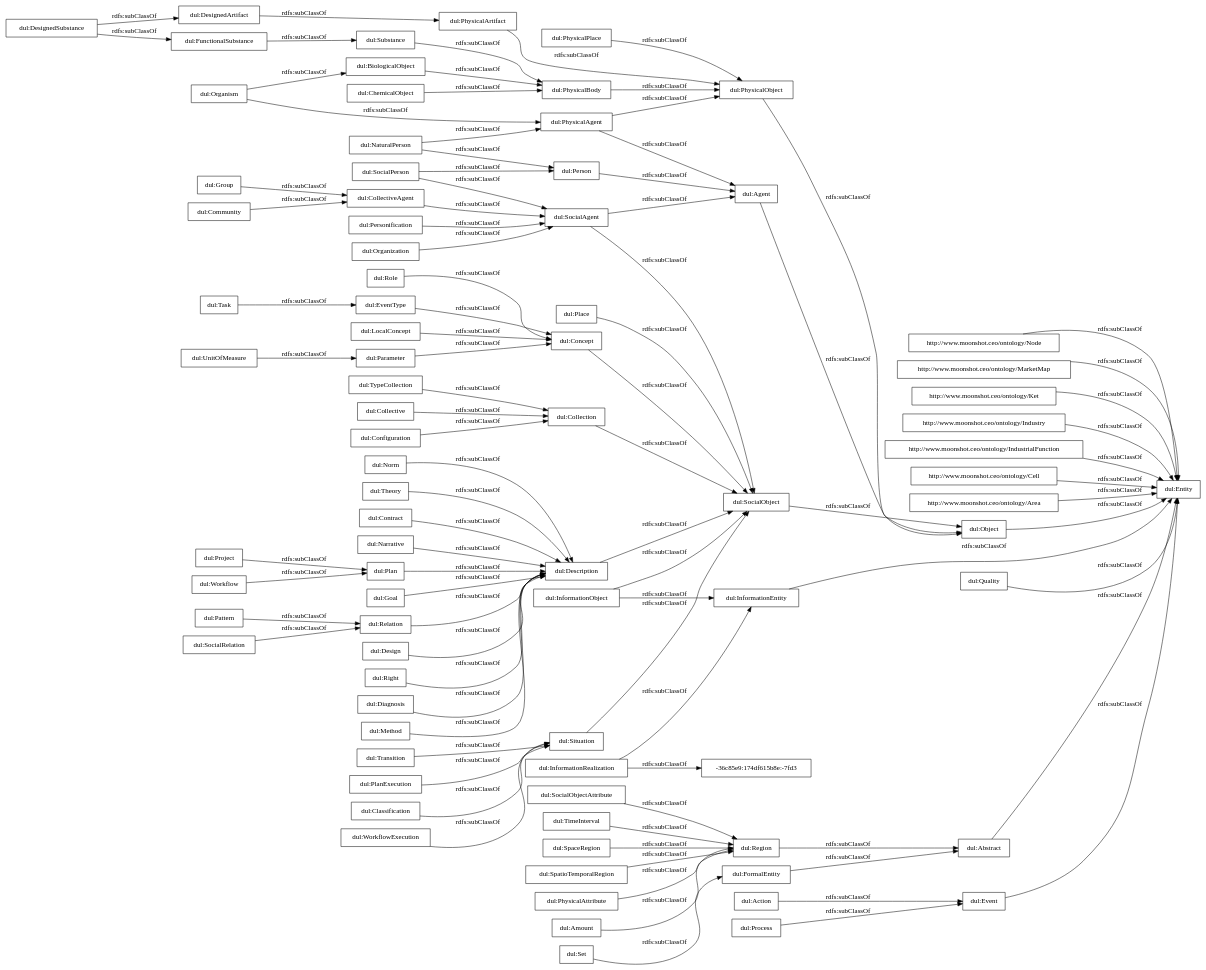
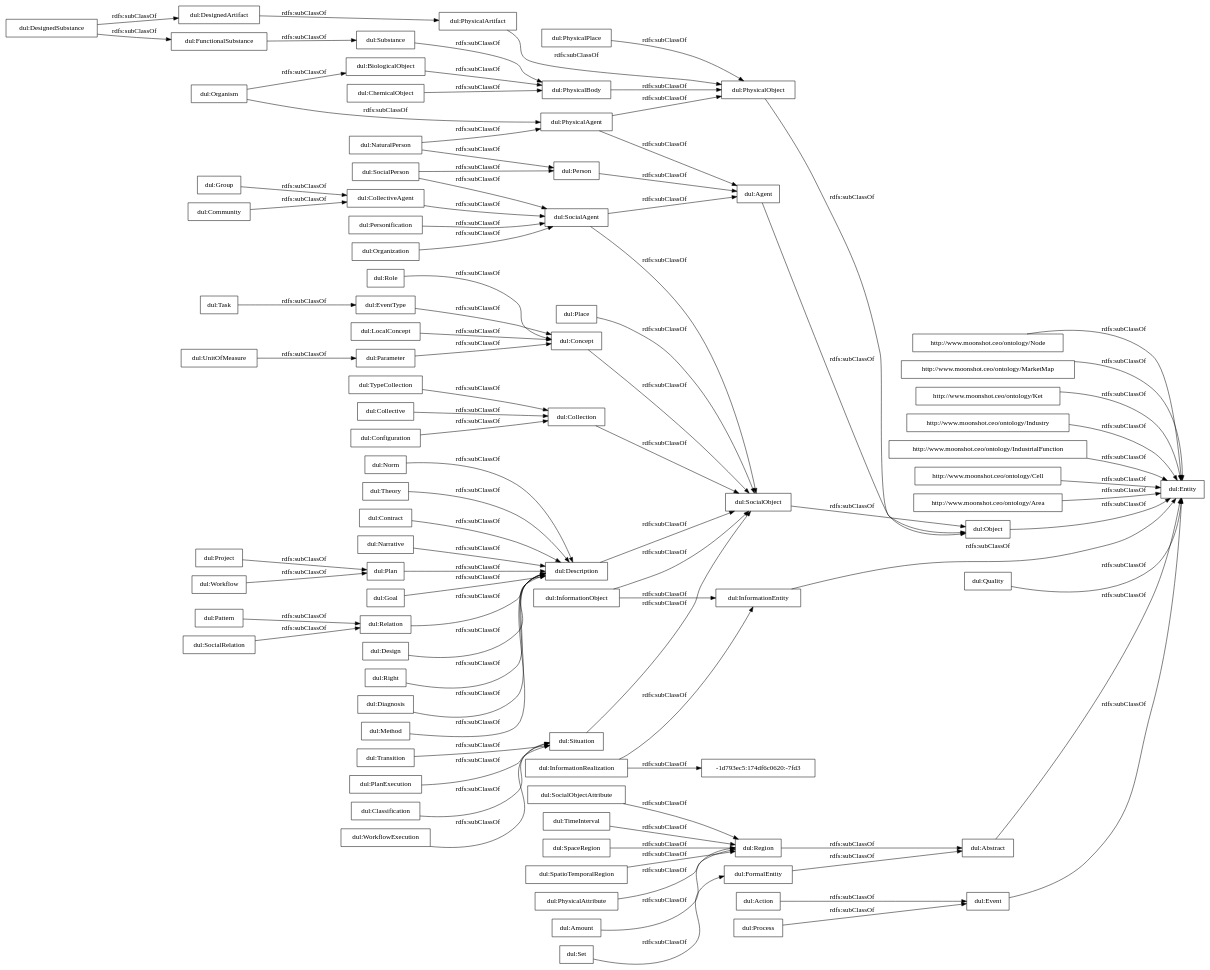
Before and after one commit to oeg-upm/IEBrain: the diagram in OnToology/iebrain.ttl/diagrams/ar2dtool-taxonomy/iebrain.ttl.png.dot, drawn with Graphviz. The commit also changed 5 other files, not shown here.

```diff
--- a/OnToology/iebrain.ttl/diagrams/ar2dtool-taxonomy/iebrain.ttl.png.dot
+++ b/OnToology/iebrain.ttl/diagrams/ar2dtool-taxonomy/iebrain.ttl.png.dot
@@ -1,95 +1,95 @@
 digraph ar2dtool_diagram { 
 rankdir=LR;
 size="1000"
-node [shape = rectangle, color="black"]; "http://www.moonshot.ceo/ontology/Node" "http://www.moonshot.ceo/ontology/MarketMap" "http://www.moonshot.ceo/ontology/Ket" "http://www.moonshot.ceo/ontology/Industry" "http://www.moonshot.ceo/ontology/IndustrialFunction" "http://www.moonshot.ceo/ontology/Cell" "http://www.moonshot.ceo/ontology/Area" "dul:Goal" "dul:FormalEntity" "dul:EventType" "dul:PhysicalBody" "dul:Object" "dul:Description" "dul:PhysicalAgent" "dul:Relation" "dul:Role" "dul:Entity" "dul:Organism" "dul:Personification" "dul:Situation" "dul:UnitOfMeasure" "dul:Abstract" "dul:SocialPerson" "dul:Transition" "dul:CollectiveAgent" "dul:Collective" "dul:Amount" "dul:Plan" "dul:Design" "dul:Process" "dul:SocialObjectAttribute" "dul:Right" "dul:Task" "dul:DesignedSubstance" "dul:BiologicalObject" "dul:Place" "dul:Quality" "dul:Action" "dul:SocialAgent" "dul:Configuration" "dul:Project" "dul:PlanExecution" "dul:Pattern" "dul:Agent" "dul:Classification" "dul:Diagnosis" "dul:Parameter" "dul:WorkflowExecution" "dul:SocialObject" "dul:Group" "dul:Community" "dul:FunctionalSubstance" "dul:PhysicalPlace" "dul:Method" "dul:Concept" "dul:SocialRelation" "dul:Event" "dul:DesignedArtifact" "dul:TimeInterval" "dul:Person" "dul:TypeCollection" "dul:SpaceRegion" "dul:PhysicalObject" "dul:SpatioTemporalRegion" "dul:Norm" "-36c85e9:174df615b8e:-7fd3" "dul:InformationRealization" "dul:Theory" "dul:PhysicalAttribute" "dul:NaturalPerson" "dul:Workflow" "dul:InformationObject" "dul:ChemicalObject" "dul:Contract" "dul:Narrative" "dul:Collection" "dul:Substance" "dul:Region" "dul:InformationEntity" "dul:PhysicalArtifact" "dul:Organization" "dul:Set" "dul:LocalConcept" ; /*classes style*/
+node [shape = rectangle, color="black"]; "http://www.moonshot.ceo/ontology/Node" "http://www.moonshot.ceo/ontology/MarketMap" "http://www.moonshot.ceo/ontology/Ket" "http://www.moonshot.ceo/ontology/Industry" "http://www.moonshot.ceo/ontology/IndustrialFunction" "http://www.moonshot.ceo/ontology/Cell" "http://www.moonshot.ceo/ontology/Area" "dul:Goal" "dul:FormalEntity" "dul:EventType" "-1d793ec5:174df6c0620:-7fd3" "dul:PhysicalBody" "dul:Object" "dul:Description" "dul:PhysicalAgent" "dul:Relation" "dul:Role" "dul:Entity" "dul:Organism" "dul:Personification" "dul:Situation" "dul:UnitOfMeasure" "dul:Abstract" "dul:SocialPerson" "dul:Transition" "dul:Collective" "dul:CollectiveAgent" "dul:Amount" "dul:Plan" "dul:Design" "dul:Process" "dul:SocialObjectAttribute" "dul:Right" "dul:Task" "dul:DesignedSubstance" "dul:BiologicalObject" "dul:Place" "dul:Quality" "dul:Action" "dul:SocialAgent" "dul:Configuration" "dul:Project" "dul:PlanExecution" "dul:Pattern" "dul:Diagnosis" "dul:Agent" "dul:Classification" "dul:Parameter" "dul:WorkflowExecution" "dul:SocialObject" "dul:Group" "dul:Community" "dul:FunctionalSubstance" "dul:PhysicalPlace" "dul:Method" "dul:Concept" "dul:SocialRelation" "dul:Event" "dul:DesignedArtifact" "dul:TimeInterval" "dul:Person" "dul:TypeCollection" "dul:SpaceRegion" "dul:PhysicalObject" "dul:SpatioTemporalRegion" "dul:Norm" "dul:InformationRealization" "dul:Theory" "dul:PhysicalAttribute" "dul:NaturalPerson" "dul:Workflow" "dul:InformationObject" "dul:ChemicalObject" "dul:Contract" "dul:Narrative" "dul:Collection" "dul:Substance" "dul:Region" "dul:InformationEntity" "dul:PhysicalArtifact" "dul:Organization" "dul:Set" "dul:LocalConcept" ; /*classes style*/
 	"dul:CollectiveAgent" -> "dul:SocialAgent" [ label = "rdfs:subClassOf" ];
 	"dul:Region" -> "dul:Abstract" [ label = "rdfs:subClassOf" ];
 	"dul:TypeCollection" -> "dul:Collection" [ label = "rdfs:subClassOf" ];
 	"dul:PhysicalAttribute" -> "dul:Region" [ label = "rdfs:subClassOf" ];
 	"dul:Organization" -> "dul:SocialAgent" [ label = "rdfs:subClassOf" ];
 	"http://www.moonshot.ceo/ontology/Node" -> "dul:Entity" [ label = "rdfs:subClassOf" ];
 	"dul:Configuration" -> "dul:Collection" [ label = "rdfs:subClassOf" ];
 	"dul:Quality" -> "dul:Entity" [ label = "rdfs:subClassOf" ];
 	"dul:Description" -> "dul:SocialObject" [ label = "rdfs:subClassOf" ];
 	"dul:Community" -> "dul:CollectiveAgent" [ label = "rdfs:subClassOf" ];
 	"dul:Method" -> "dul:Description" [ label = "rdfs:subClassOf" ];
 	"dul:Concept" -> "dul:SocialObject" [ label = "rdfs:subClassOf" ];
 	"dul:Object" -> "dul:Entity" [ label = "rdfs:subClassOf" ];
 	"dul:Place" -> "dul:SocialObject" [ label = "rdfs:subClassOf" ];
 	"dul:PhysicalArtifact" -> "dul:PhysicalObject" [ label = "rdfs:subClassOf" ];
 	"dul:Organism" -> "dul:PhysicalAgent" [ label = "rdfs:subClassOf" ];
 	"dul:Organism" -> "dul:BiologicalObject" [ label = "rdfs:subClassOf" ];
 	"dul:Goal" -> "dul:Description" [ label = "rdfs:subClassOf" ];
 	"dul:FunctionalSubstance" -> "dul:Substance" [ label = "rdfs:subClassOf" ];
 	"dul:Role" -> "dul:Concept" [ label = "rdfs:subClassOf" ];
 	"dul:Collective" -> "dul:Collection" [ label = "rdfs:subClassOf" ];
 	"dul:InformationObject" -> "dul:SocialObject" [ label = "rdfs:subClassOf" ];
 	"dul:InformationObject" -> "dul:InformationEntity" [ label = "rdfs:subClassOf" ];
 	"dul:UnitOfMeasure" -> "dul:Parameter" [ label = "rdfs:subClassOf" ];
 	"dul:SocialObjectAttribute" -> "dul:Region" [ label = "rdfs:subClassOf" ];
 	"dul:WorkflowExecution" -> "dul:Situation" [ label = "rdfs:subClassOf" ];
 	"dul:Right" -> "dul:Description" [ label = "rdfs:subClassOf" ];
 	"dul:Task" -> "dul:EventType" [ label = "rdfs:subClassOf" ];
 	"dul:Set" -> "dul:FormalEntity" [ label = "rdfs:subClassOf" ];
 	"dul:DesignedSubstance" -> "dul:FunctionalSubstance" [ label = "rdfs:subClassOf" ];
 	"dul:DesignedSubstance" -> "dul:DesignedArtifact" [ label = "rdfs:subClassOf" ];
 	"dul:SocialObject" -> "dul:Object" [ label = "rdfs:subClassOf" ];
 	"dul:Parameter" -> "dul:Concept" [ label = "rdfs:subClassOf" ];
-	"dul:InformationRealization" -> "-36c85e9:174df615b8e:-7fd3" [ label = "rdfs:subClassOf" ];
+	"dul:InformationRealization" -> "-1d793ec5:174df6c0620:-7fd3" [ label = "rdfs:subClassOf" ];
 	"dul:InformationRealization" -> "dul:InformationEntity" [ label = "rdfs:subClassOf" ];
 	"dul:Substance" -> "dul:PhysicalBody" [ label = "rdfs:subClassOf" ];
 	"dul:Event" -> "dul:Entity" [ label = "rdfs:subClassOf" ];
 	"dul:PhysicalAgent" -> "dul:PhysicalObject" [ label = "rdfs:subClassOf" ];
 	"dul:PhysicalAgent" -> "dul:Agent" [ label = "rdfs:subClassOf" ];
 	"http://www.moonshot.ceo/ontology/Area" -> "dul:Entity" [ label = "rdfs:subClassOf" ];
 	"dul:Project" -> "dul:Plan" [ label = "rdfs:subClassOf" ];
 	"dul:PhysicalObject" -> "dul:Object" [ label = "rdfs:subClassOf" ];
 	"dul:Action" -> "dul:Event" [ label = "rdfs:subClassOf" ];
 	"dul:Situation" -> "dul:SocialObject" [ label = "rdfs:subClassOf" ];
 	"dul:Design" -> "dul:Description" [ label = "rdfs:subClassOf" ];
 	"dul:EventType" -> "dul:Concept" [ label = "rdfs:subClassOf" ];
 	"dul:Classification" -> "dul:Situation" [ label = "rdfs:subClassOf" ];
 	"http://www.moonshot.ceo/ontology/IndustrialFunction" -> "dul:Entity" [ label = "rdfs:subClassOf" ];
 	"dul:Workflow" -> "dul:Plan" [ label = "rdfs:subClassOf" ];
 	"dul:Pattern" -> "dul:Relation" [ label = "rdfs:subClassOf" ];
 	"dul:Transition" -> "dul:Situation" [ label = "rdfs:subClassOf" ];
 	"dul:Norm" -> "dul:Description" [ label = "rdfs:subClassOf" ];
 	"dul:Person" -> "dul:Agent" [ label = "rdfs:subClassOf" ];
 	"http://www.moonshot.ceo/ontology/Ket" -> "dul:Entity" [ label = "rdfs:subClassOf" ];
 	"http://www.moonshot.ceo/ontology/Cell" -> "dul:Entity" [ label = "rdfs:subClassOf" ];
 	"dul:Contract" -> "dul:Description" [ label = "rdfs:subClassOf" ];
 	"dul:PhysicalPlace" -> "dul:PhysicalObject" [ label = "rdfs:subClassOf" ];
 	"dul:Relation" -> "dul:Description" [ label = "rdfs:subClassOf" ];
 	"dul:SocialRelation" -> "dul:Relation" [ label = "rdfs:subClassOf" ];
 	"dul:PlanExecution" -> "dul:Situation" [ label = "rdfs:subClassOf" ];
 	"http://www.moonshot.ceo/ontology/MarketMap" -> "dul:Entity" [ label = "rdfs:subClassOf" ];
 	"dul:LocalConcept" -> "dul:Concept" [ label = "rdfs:subClassOf" ];
 	"dul:FormalEntity" -> "dul:Abstract" [ label = "rdfs:subClassOf" ];
 	"dul:PhysicalBody" -> "dul:PhysicalObject" [ label = "rdfs:subClassOf" ];
 	"http://www.moonshot.ceo/ontology/Industry" -> "dul:Entity" [ label = "rdfs:subClassOf" ];
 	"dul:BiologicalObject" -> "dul:PhysicalBody" [ label = "rdfs:subClassOf" ];
 	"dul:SocialPerson" -> "dul:SocialAgent" [ label = "rdfs:subClassOf" ];
 	"dul:SocialPerson" -> "dul:Person" [ label = "rdfs:subClassOf" ];
 	"dul:NaturalPerson" -> "dul:PhysicalAgent" [ label = "rdfs:subClassOf" ];
 	"dul:NaturalPerson" -> "dul:Person" [ label = "rdfs:subClassOf" ];
 	"dul:TimeInterval" -> "dul:Region" [ label = "rdfs:subClassOf" ];
 	"dul:Collection" -> "dul:SocialObject" [ label = "rdfs:subClassOf" ];
 	"dul:InformationEntity" -> "dul:Entity" [ label = "rdfs:subClassOf" ];
 	"dul:SpatioTemporalRegion" -> "dul:Region" [ label = "rdfs:subClassOf" ];
 	"dul:Personification" -> "dul:SocialAgent" [ label = "rdfs:subClassOf" ];
 	"dul:DesignedArtifact" -> "dul:PhysicalArtifact" [ label = "rdfs:subClassOf" ];
 	"dul:ChemicalObject" -> "dul:PhysicalBody" [ label = "rdfs:subClassOf" ];
 	"dul:Narrative" -> "dul:Description" [ label = "rdfs:subClassOf" ];
 	"dul:Process" -> "dul:Event" [ label = "rdfs:subClassOf" ];
 	"dul:Theory" -> "dul:Description" [ label = "rdfs:subClassOf" ];
 	"dul:Abstract" -> "dul:Entity" [ label = "rdfs:subClassOf" ];
 	"dul:SpaceRegion" -> "dul:Region" [ label = "rdfs:subClassOf" ];
 	"dul:Plan" -> "dul:Description" [ label = "rdfs:subClassOf" ];
 	"dul:Group" -> "dul:CollectiveAgent" [ label = "rdfs:subClassOf" ];
 	"dul:SocialAgent" -> "dul:SocialObject" [ label = "rdfs:subClassOf" ];
 	"dul:SocialAgent" -> "dul:Agent" [ label = "rdfs:subClassOf" ];
 	"dul:Diagnosis" -> "dul:Description" [ label = "rdfs:subClassOf" ];
 	"dul:Agent" -> "dul:Object" [ label = "rdfs:subClassOf" ];
 	"dul:Amount" -> "dul:Region" [ label = "rdfs:subClassOf" ];
 
 }
```
